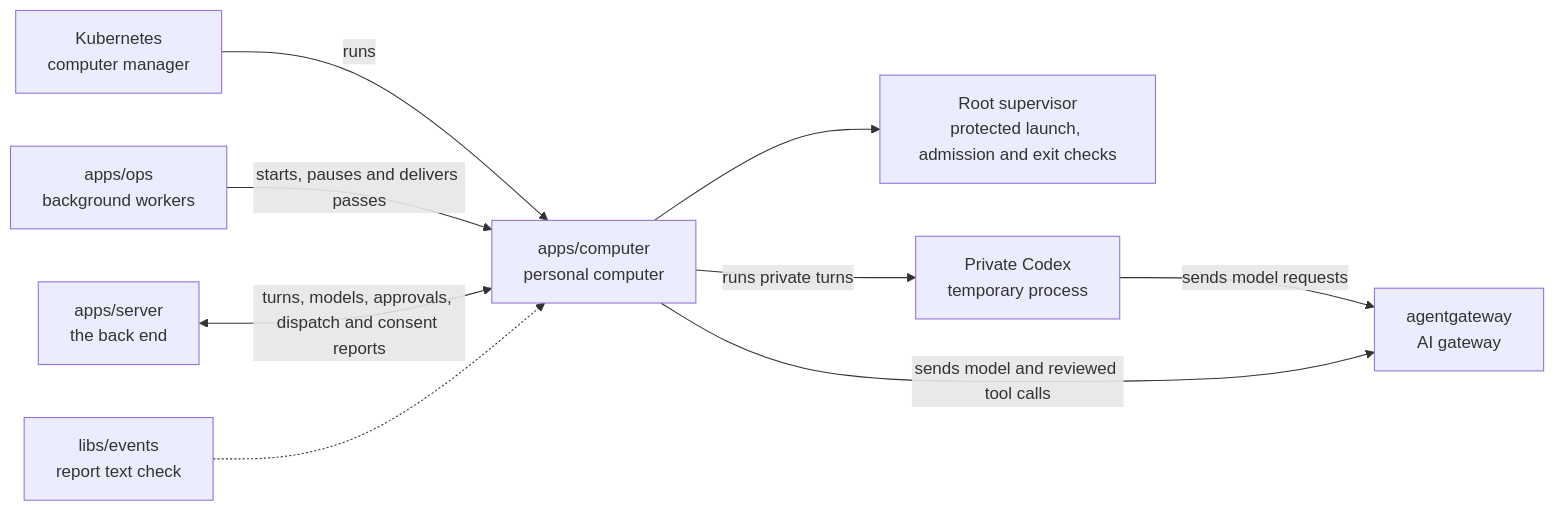
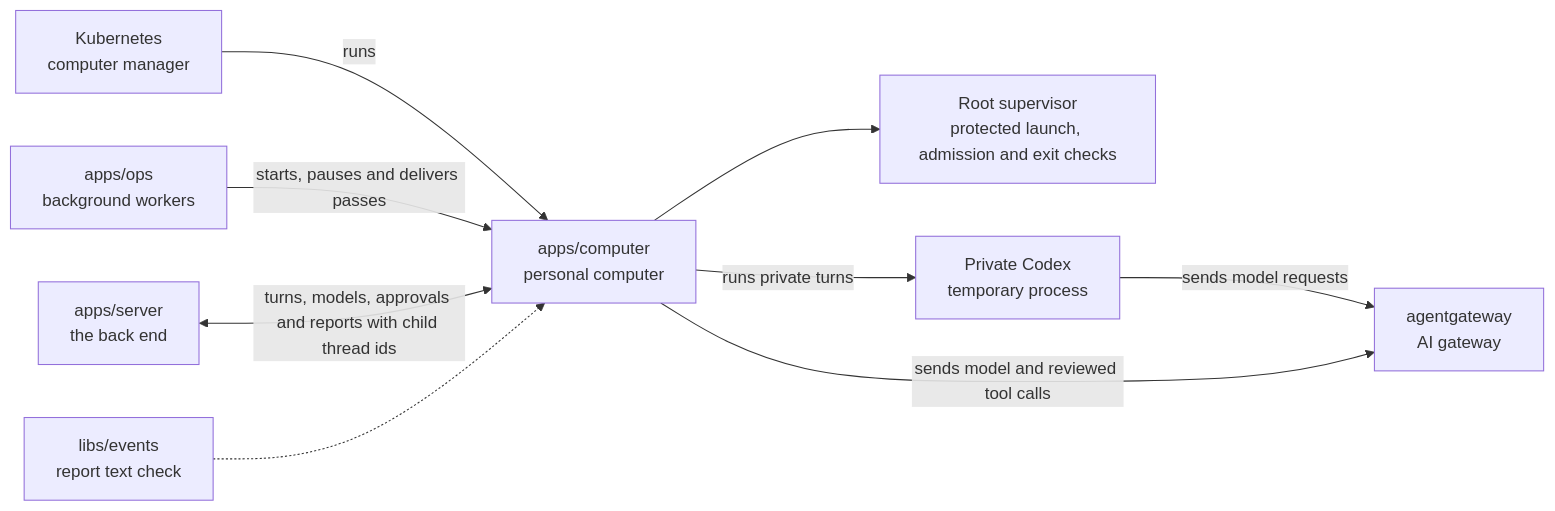
Before and after one commit to elewa-git/opencrane-new: the diagram in apps/computer/README.md, drawn with Mermaid. The commit also changed other lines of this file and 6 other files, not shown here.

````diff
--- a/apps/computer/README.md
+++ b/apps/computer/README.md
@@ -20,11 +21,11 @@
 ```mermaid
 flowchart LR
   kube["Kubernetes<br/>computer manager"] -->|runs| computer["apps/computer<br/>personal computer"]
   ops["apps/ops<br/>background workers"] -->|starts, pauses and delivers passes| computer
-  server["apps/server<br/>the back end"] <-->|turns, models, approvals, dispatch and consent reports| computer
+  server["apps/server<br/>the back end"] <-->|turns, models, approvals and reports with child thread ids| computer
   events["libs/events<br/>report text check"] -.-> computer
   computer --> supervisor["Root supervisor<br/>protected launch, admission and exit checks"]
   computer -->|runs private turns| private["Private Codex<br/>temporary process"]
   private -->|sends model requests| gateway
   computer -->|sends model and reviewed tool calls| gateway["agentgateway<br/>AI gateway"]
 ```
````
